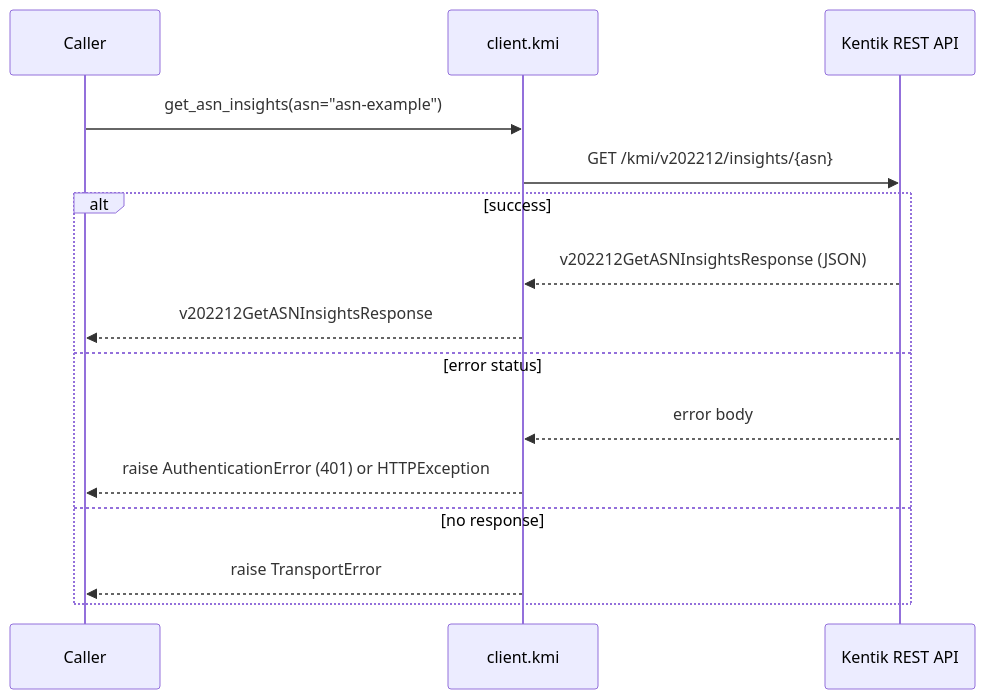
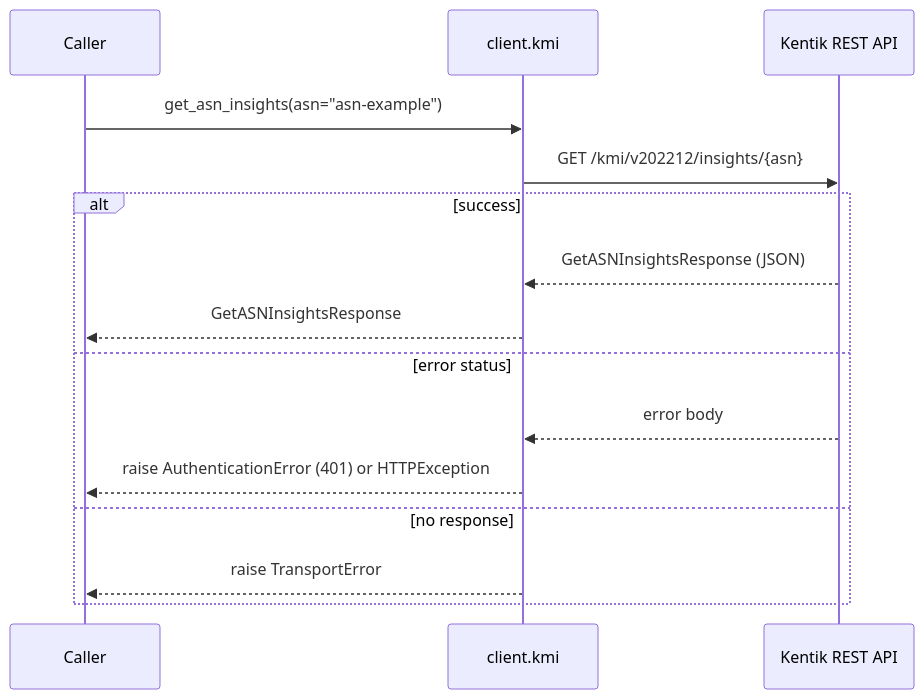
One commit to alexdearaujo/community_sdk_python changed the fourth of 12 diagrams in docs/sphinx/services/kmi.md. Above: the diagram before and after it, drawn with Mermaid. The commit also changed other lines of this file and 38 other files, not shown here.

````diff
--- a/docs/sphinx/services/kmi.md
+++ b/docs/sphinx/services/kmi.md
@@ -117,18 +117,18 @@
 ```mermaid
 sequenceDiagram
     participant C as Caller
     participant W as client.kmi
     participant API as Kentik REST API
 
     C->>W: get_asn_insights(asn="asn-example")
     W->>API: GET /kmi/v202212/insights/{asn}
     alt success
-        API-->>W: v202212GetASNInsightsResponse (JSON)
-        W-->>C: v202212GetASNInsightsResponse
+        API-->>W: GetASNInsightsResponse (JSON)
+        W-->>C: GetASNInsightsResponse
     else error status
         API-->>W: error body
         W-->>C: raise AuthenticationError (401) or HTTPException
     else no response
         W-->>C: raise TransportError
     end
 ```
````
